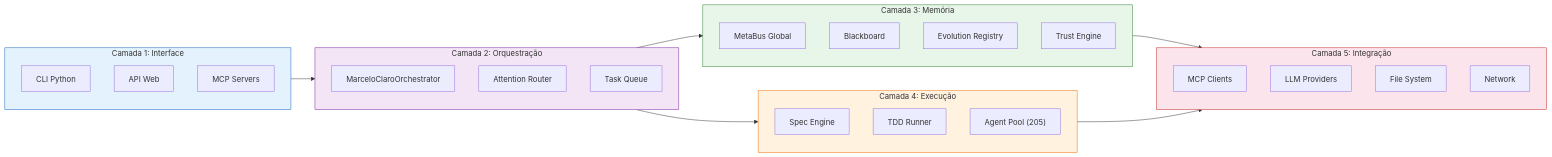
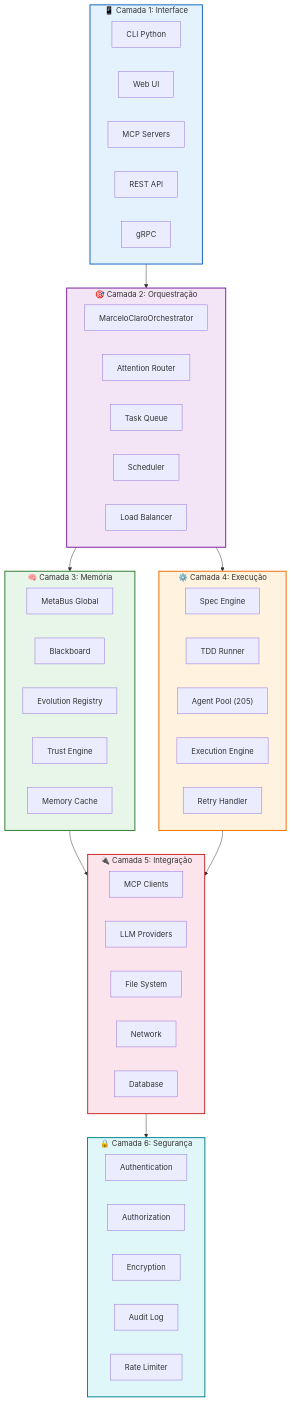
One commit to MarceloClaro/opencode-ecosystem-core changed the third of 22 diagrams in README.md. Above: the diagram before and after it, drawn with Mermaid. The commit also changed other lines of this file, not shown here.

````diff
--- a/README.md
+++ b/README.md
@@ -205,46 +287,70 @@
 ```mermaid
-flowchart LR
-    subgraph L1 ["Camada 1: Interface"]
-        CLI2["CLI Python"]
-        WEB["API Web"]
-        MCP2["MCP Servers"]
+flowchart TB
+    subgraph L1 ["📱 Camada 1: Interface"]
+        direction LR
+        CLI["CLI Python"]
+        WEBUI["Web UI"]
+        MCPSERVER["MCP Servers"]
+        REST["REST API"]
+        GRPC["gRPC"]
     end
 
-    subgraph L2 ["Camada 2: Orquestração"]
+    subgraph L2 ["🎯 Camada 2: Orquestração"]
+        direction LR
         ORQ2["MarceloClaroOrchestrator"]
         ROUTE["Attention Router"]
-        QUEUE["Task Queue"]
+        QUEUE2["Task Queue"]
+        SCHED["Scheduler"]
+        BAL["Load Balancer"]
     end
 
-    subgraph L3 ["Camada 3: Memória"]
+    subgraph L3 ["🧠 Camada 3: Memória"]
+        direction LR
         MB["MetaBus Global"]
         BB2["Blackboard"]
         EVO["Evolution Registry"]
         TRUST["Trust Engine"]
+        CACHE2["Memory Cache"]
     end
 
-    subgraph L4 ["Camada 4: Execução"]
+    subgraph L4 ["⚙️ Camada 4: Execução"]
+        direction LR
         SDD2["Spec Engine"]
         TDD2["TDD Runner"]
         AG2["Agent Pool (205)"]
+        EXEC["Execution Engine"]
+        RETRY["Retry Handler"]
     end
 
-    subgraph L5 ["Camada 5: Integração"]
+    subgraph L5 ["🔌 Camada 5: Integração"]
+        direction LR
         MCP3["MCP Clients"]
-        LLM["LLM Providers"]
-        FS["File System"]
-        NET["Network"]
+        LLM2["LLM Providers"]
+        FS2["File System"]
+        NET2["Network"]
+        DB2["Database"]
+    end
+
+    subgraph L6 ["🔒 Camada 6: Segurança"]
+        direction LR
+        AUTH["Authentication"]
+        PERM["Authorization"]
+        ENC["Encryption"]
+        AUDIT["Audit Log"]
+        RATE["Rate Limiter"]
     end
 
     L1 --> L2
     L2 --> L3
     L2 --> L4
     L3 --> L5
     L4 --> L5
+    L5 --> L6
 
-    style L1 fill:#e3f2fd,stroke:#1565c0
-    style L2 fill:#f3e5f5,stroke:#7b1fa2
-    style L3 fill:#e8f5e9,stroke:#2e7d32
-    style L4 fill:#fff3e0,stroke:#ef6c00
-    style L5 fill:#fce4ec,stroke:#c62828
+    style L1 fill:#e3f2fd,stroke:#1565c0,stroke-width:2px
+    style L2 fill:#f3e5f5,stroke:#7b1fa2,stroke-width:2px
+    style L3 fill:#e8f5e9,stroke:#2e7d32,stroke-width:2px
+    style L4 fill:#fff3e0,stroke:#ef6c00,stroke-width:2px
+    style L5 fill:#fce4ec,stroke:#c62828,stroke-width:2px
+    style L6 fill:#e0f7fa,stroke:#00838f,stroke-width:2px
 ```
````
